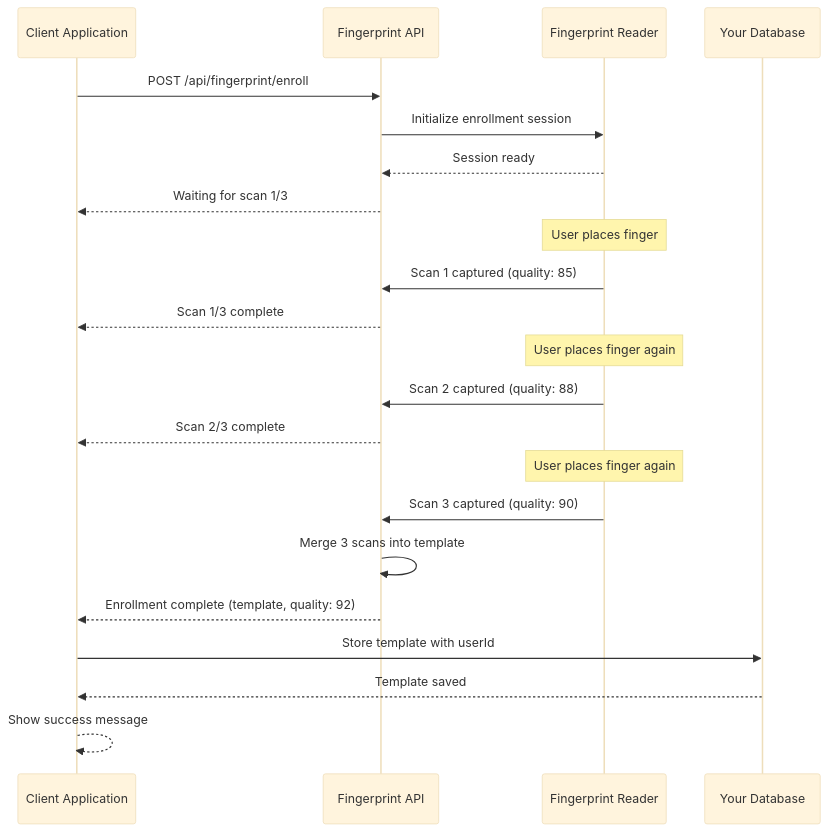
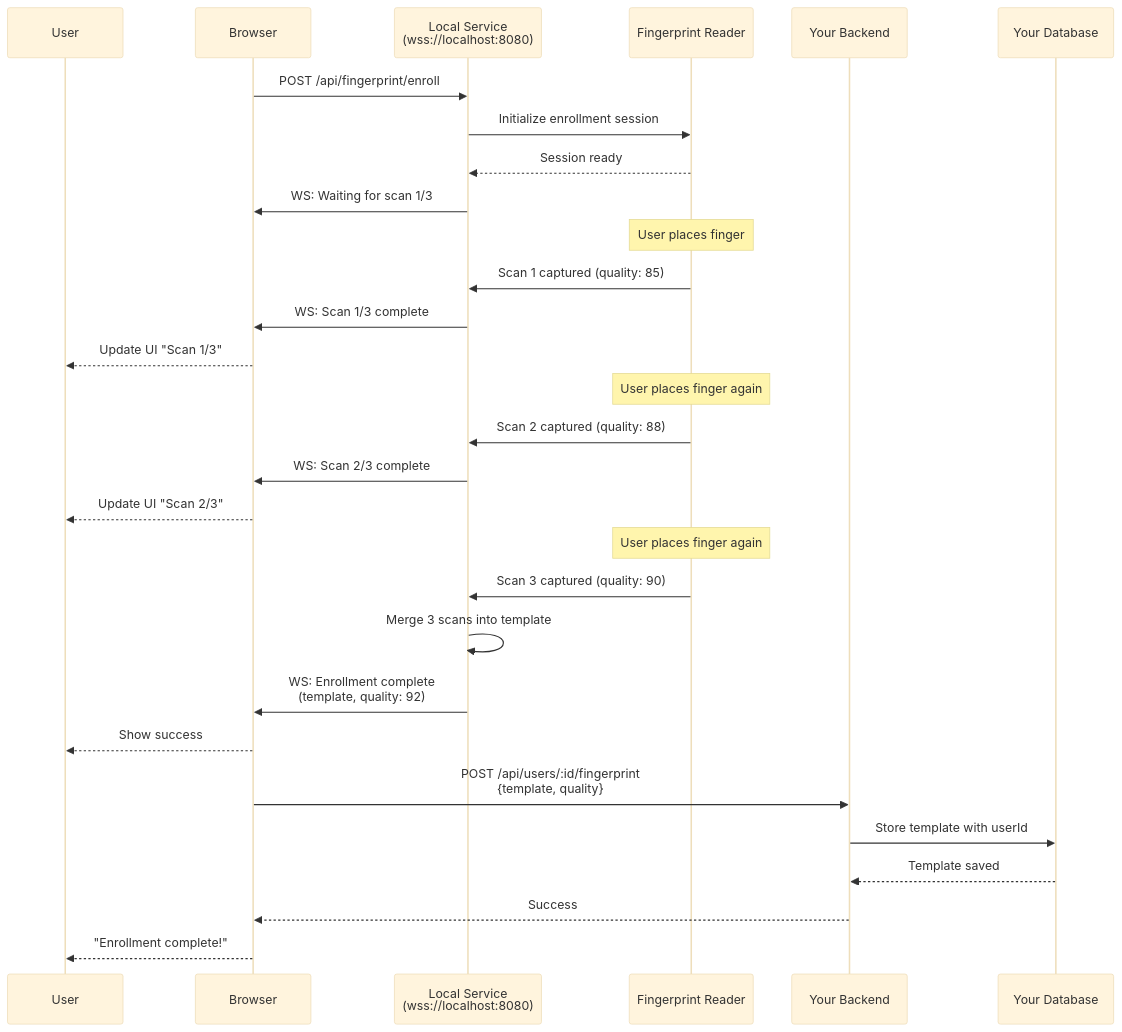
One commit to devkazuto/docs-site-fingerprint changed the diagram in docs/guides/enrollment-flow.md. Above: the diagram before and after it, drawn with Mermaid (base theme). The commit also changed other lines of this file and 2 other files, not shown here.

First line of the commit message:
docs(guides): Update fingerprint enrollment and verification flow documentation

````diff
--- a/docs/guides/enrollment-flow.md
+++ b/docs/guides/enrollment-flow.md
@@ -15,29 +15,36 @@
 ```mermaid
 sequenceDiagram
-    participant Client as Client Application
-    participant API as Fingerprint API
+    participant User as User
+    participant Browser as Browser
+    participant Service as Local Service<br/>(wss://localhost:8080)
     participant Device as Fingerprint Reader
+    participant Backend as Your Backend
     participant DB as Your Database
 
-    Client->>API: POST /api/fingerprint/enroll
-    API->>Device: Initialize enrollment session
-    Device-->>API: Session ready
-    API-->>Client: Waiting for scan 1/3
+    Browser->>Service: POST /api/fingerprint/enroll
+    Service->>Device: Initialize enrollment session
+    Device-->>Service: Session ready
+    Service->>Browser: WS: Waiting for scan 1/3
     
     Note over Device: User places finger
-    Device->>API: Scan 1 captured (quality: 85)
-    API-->>Client: Scan 1/3 complete
+    Device->>Service: Scan 1 captured (quality: 85)
+    Service->>Browser: WS: Scan 1/3 complete
+    Browser-->>User: Update UI "Scan 1/3"
     
     Note over Device: User places finger again
-    Device->>API: Scan 2 captured (quality: 88)
-    API-->>Client: Scan 2/3 complete
+    Device->>Service: Scan 2 captured (quality: 88)
+    Service->>Browser: WS: Scan 2/3 complete
+    Browser-->>User: Update UI "Scan 2/3"
     
     Note over Device: User places finger again
-    Device->>API: Scan 3 captured (quality: 90)
-    API->>API: Merge 3 scans into template
-    API-->>Client: Enrollment complete (template, quality: 92)
+    Device->>Service: Scan 3 captured (quality: 90)
+    Service->>Service: Merge 3 scans into template
+    Service->>Browser: WS: Enrollment complete<br/>(template, quality: 92)
+    Browser-->>User: Show success
     
-    Client->>DB: Store template with userId
-    DB-->>Client: Template saved
-    Client-->>Client: Show success message
+    Browser->>Backend: POST /api/users/:id/fingerprint<br/>{template, quality}
+    Backend->>DB: Store template with userId
+    DB-->>Backend: Template saved
+    Backend-->>Browser: Success
+    Browser-->>User: "Enrollment complete!"
 ```
````
